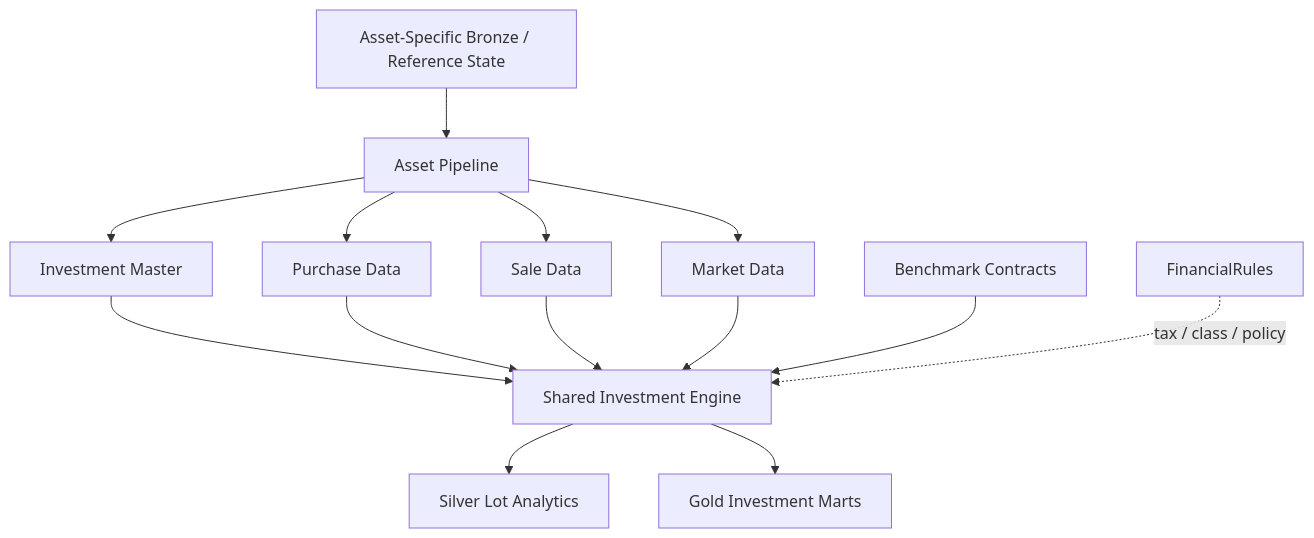
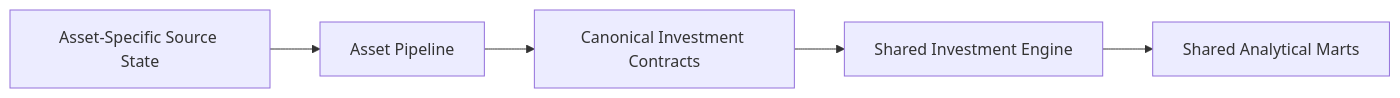
The first of 2 diagrams in docs/developer/adding-asset-pipelines.md (tks18/personal-finance-etl), drawn with Mermaid before and after one commit. The commit also changed other lines of this file and 3 other files, not shown here.

````diff
--- a/docs/developer/adding-asset-pipelines.md
+++ b/docs/developer/adding-asset-pipelines.md
@@ -28,20 +7,7 @@
 ```mermaid
-flowchart TB
-    SRC["Asset-Specific Bronze / Reference State"] --> PIPE["Asset Pipeline"]
-
-    PIPE --> MASTER["Investment Master"]
-    PIPE --> BUY["Purchase Data"]
-    PIPE --> SELL["Sale Data"]
-    PIPE --> MARKET["Market Data"]
-
-    MASTER --> ENGINE["Shared Investment Engine"]
-    BUY --> ENGINE
-    SELL --> ENGINE
-    MARKET --> ENGINE
-
-    BM["Benchmark Contracts"] --> ENGINE
-    RULES["FinancialRules"] -. tax / class / policy .-> ENGINE
-
-    ENGINE --> LOT["Silver Lot Analytics"]
-    ENGINE --> GOLD["Gold Investment Marts"]
+flowchart LR
+    RAW["Asset-Specific Source State"] --> PIPE["Asset Pipeline"]
+    PIPE --> CAN["Canonical Investment Contracts"]
+    CAN --> ENG["Shared Investment Engine"]
+    ENG --> GOLD["Shared Analytical Marts"]
 ```
````
